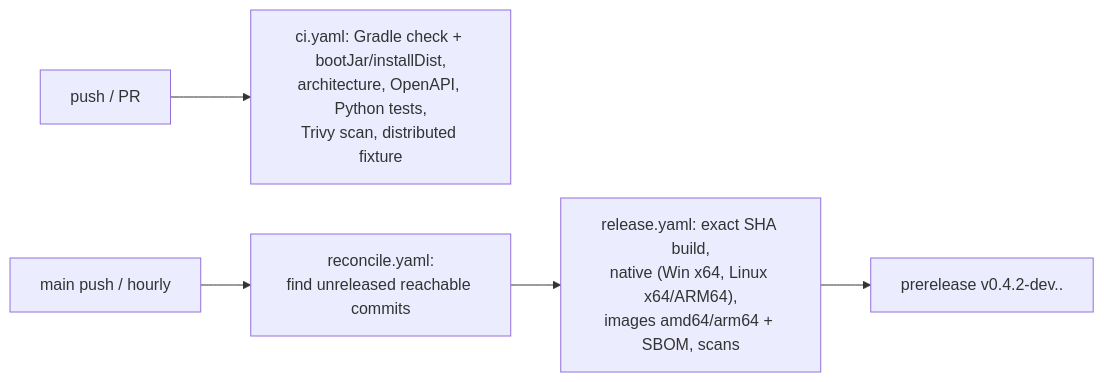
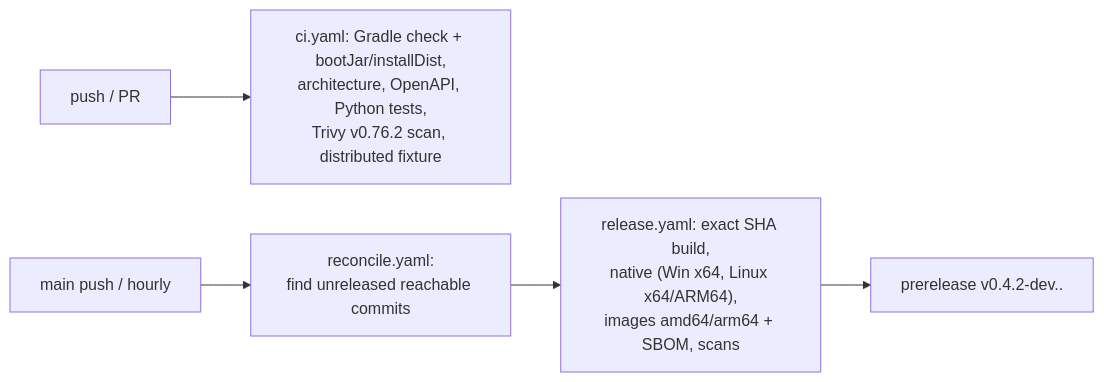
Before and after one commit to athegreat90/minecraft-modsync: diagram 12 of 12 in docs/GUIDE.md, drawn with Mermaid. The commit also changed 7 other files, not shown here.

````diff
--- a/docs/GUIDE.md
+++ b/docs/GUIDE.md
@@ -384,7 +384,7 @@
 ```mermaid
 flowchart LR
-  PR[push / PR] --> CI["ci.yaml: Gradle check + bootJar/installDist,\narchitecture, OpenAPI, Python tests,\nTrivy scan, distributed fixture"]
+  PR[push / PR] --> CI["ci.yaml: Gradle check + bootJar/installDist,\narchitecture, OpenAPI, Python tests,\nTrivy v0.76.2 scan, distributed fixture"]
   main[main push / hourly] --> REC["reconcile.yaml:\nfind unreleased reachable commits"]
   REC --> REL["release.yaml: exact SHA build,\nnative (Win x64, Linux x64/ARM64),\nimages amd64/arm64 + SBOM, scans"]
   REL --> PRE["prerelease v0.4.2-dev.<time>.<sha>"]
 ```
````
